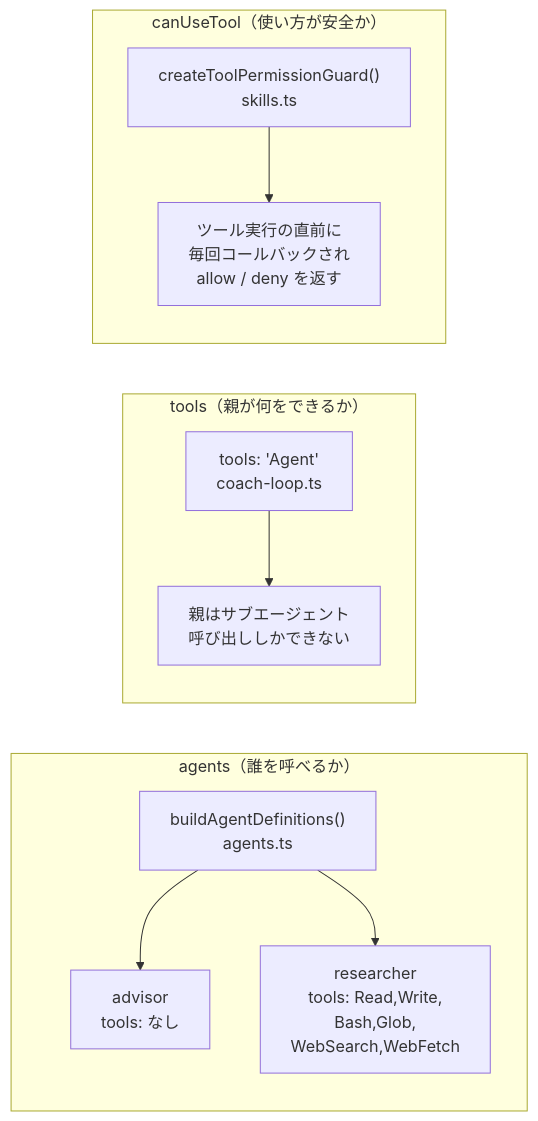
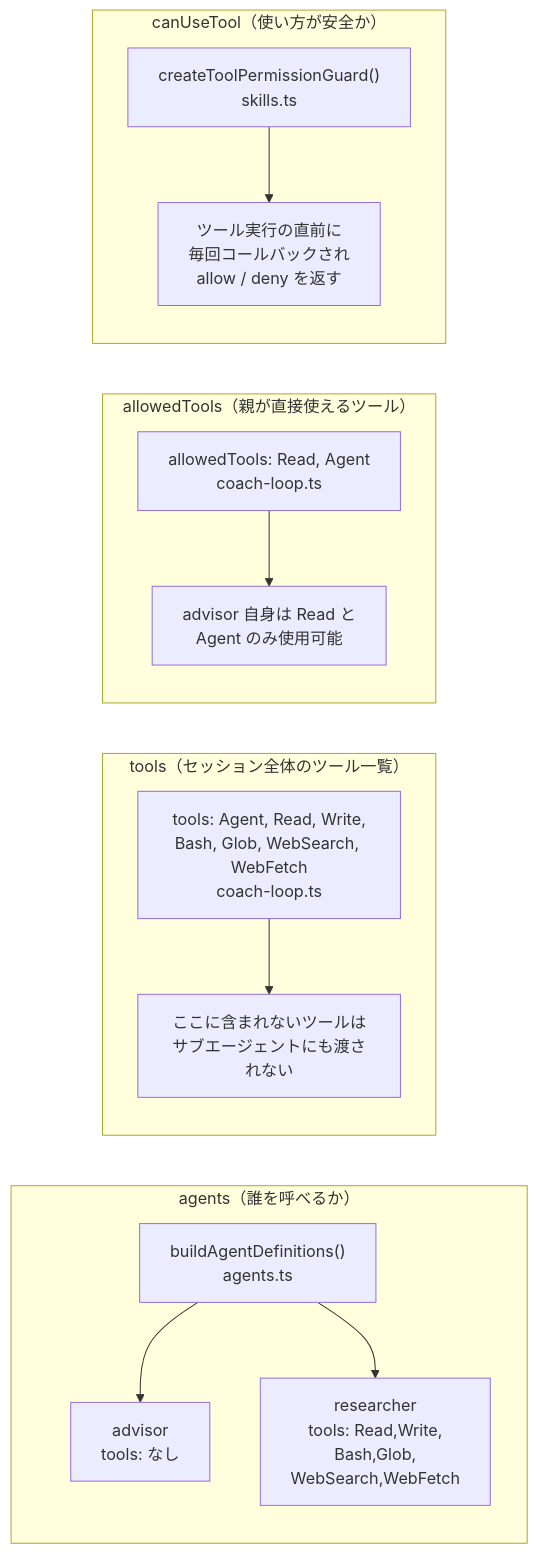
Before and after one commit to yukaorange/dcc_suport: diagram 15 of 28 in docs/architecture.md, drawn with Mermaid. The commit also changed other lines of this file and 7 other files, not shown here.

````diff
--- a/docs/architecture.md
+++ b/docs/architecture.md
@@ -433,18 +434,23 @@
 ```mermaid
 flowchart LR
     subgraph agents_prop ["agents（誰を呼べるか）"]
         Def["buildAgentDefinitions()<br>agents.ts"]
         Def --> Advisor2["advisor<br>tools: なし"]
         Def --> Researcher2["researcher<br>tools: Read,Write,<br>Bash,Glob,<br>WebSearch,WebFetch"]
     end
 
-    subgraph tools_prop ["tools（親が何をできるか）"]
-        Tools2["tools: 'Agent'<br>coach-loop.ts"]
-        Tools2 --> Only["親はサブエージェント<br>呼び出ししかできない"]
+    subgraph tools_prop ["tools（セッション全体のツール一覧）"]
+        Tools2["tools: Agent, Read, Write,<br>Bash, Glob, WebSearch, WebFetch<br>coach-loop.ts"]
+        Tools2 --> Menu["ここに含まれないツールは<br>サブエージェントにも渡されない"]
+    end
+
+    subgraph allowed_prop ["allowedTools（親が直接使えるツール）"]
+        Allowed["allowedTools: Read, Agent<br>coach-loop.ts"]
+        Allowed --> Restrict["advisor 自身は Read と<br>Agent のみ使用可能"]
     end
 
     subgraph canuse_prop ["canUseTool（使い方が安全か）"]
         Guard2["createToolPermissionGuard()<br>skills.ts"]
         Guard2 --> Check["ツール実行の直前に<br>毎回コールバックされ<br>allow / deny を返す"]
     end
 ```
````
